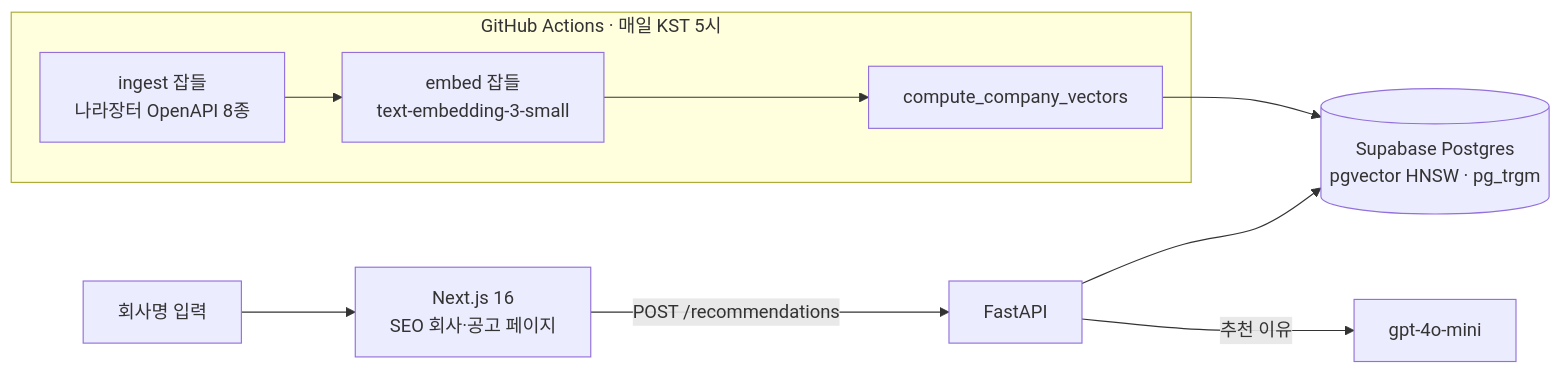
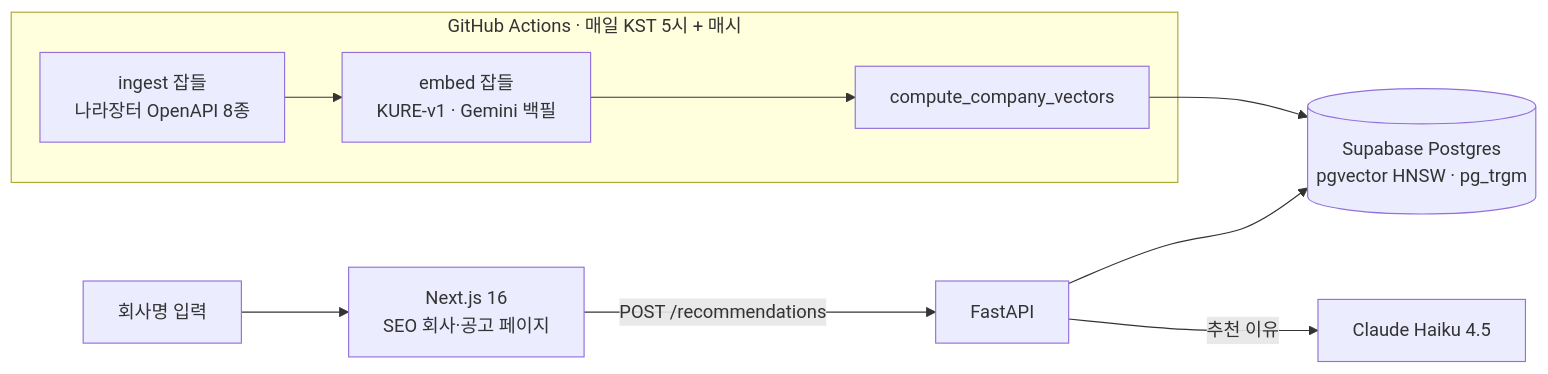
Before and after one commit to SSEUNGSSEUNGWOO/jodalfit: the diagram in README.md, drawn with Mermaid. The commit also changed other lines of this file, not shown here.

Commit message:
docs(readme): 현재 운영값으로 갱신 — 추천 20건, 임베딩 KURE 운영·Gemini 백필 중, 설명 Claude Haiku 4.5, 2026-11-05 규모·상태

````diff
--- a/README.md
+++ b/README.md
@@ -128,11 +128,11 @@
 ```mermaid
 flowchart LR
   U[회사명 입력] --> FE[Next.js 16<br/>SEO 회사·공고 페이지]
   FE -->|POST /recommendations| BE[FastAPI]
   BE --> DB[(Supabase Postgres<br/>pgvector HNSW · pg_trgm)]
-  BE -->|추천 이유| LLM[gpt-4o-mini]
-  subgraph J[GitHub Actions · 매일 KST 5시]
-    I[ingest 잡들<br/>나라장터 OpenAPI 8종] --> E[embed 잡들<br/>text-embedding-3-small] --> CV[compute_company_vectors]
+  BE -->|추천 이유| LLM[Claude Haiku 4.5]
+  subgraph J[GitHub Actions · 매일 KST 5시 + 매시]
+    I[ingest 잡들<br/>나라장터 OpenAPI 8종] --> E[embed 잡들<br/>KURE-v1 · Gemini 백필] --> CV[compute_company_vectors]
   end
   CV --> DB
 ```
````
